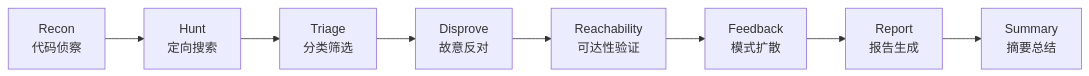
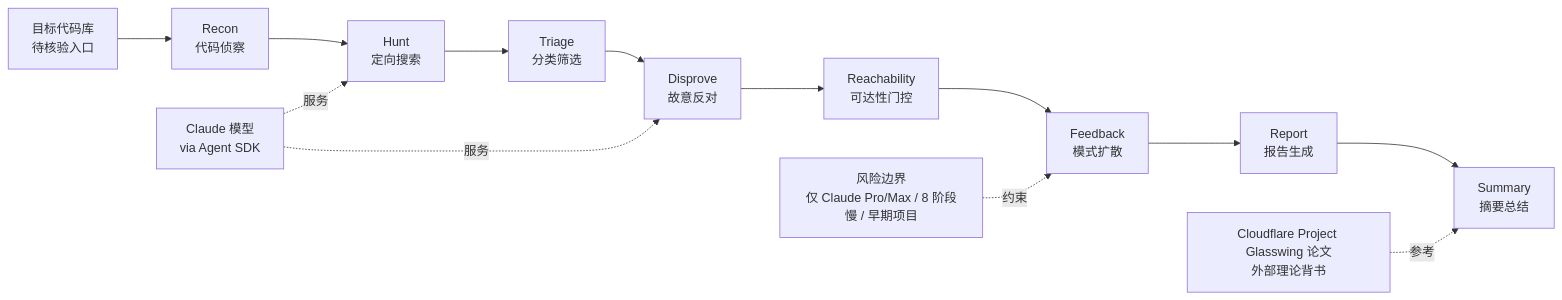
The diagram in projects/audit-evilsocket.md (aiutil/github-researcher), drawn with Mermaid before and after one commit. The commit also changed other lines of this file and 939 other files, not shown here.

Commit message:
feat: add architect briefs and Mermaid project maps

````diff
--- a/projects/audit-evilsocket.md
+++ b/projects/audit-evilsocket.md
@@ -61,10 +74,15 @@
 ```mermaid
 flowchart LR
-    A[Recon<br/>代码侦察] --> B[Hunt<br/>定向搜索]
-    B --> C[Triage<br/>分类筛选]
-    C --> D[Disprove<br/>故意反对]
-    D --> E[Reachability<br/>可达性验证]
-    E --> F[Feedback<br/>模式扩散]
-    F --> G[Report<br/>报告生成]
-    G --> H[Summary<br/>摘要总结]
+  codeRepo[目标代码库<br/>待核验入口] --> recon[Recon<br/>代码侦察]
+  recon --> hunt[Hunt<br/>定向搜索]
+  hunt --> triage[Triage<br/>分类筛选]
+  triage --> disprove[Disprove<br/>故意反对]
+  disprove --> reach[Reachability<br/>可达性门控]
+  reach --> feedback[Feedback<br/>模式扩散]
+  feedback --> report[Report<br/>报告生成]
+  report --> summary[Summary<br/>摘要总结]
+  claude[Claude 模型<br/>via Agent SDK] -. 服务 .-> hunt
+  claude -. 服务 .-> disprove
+  cloudflare[Cloudflare Project Glasswing 论文<br/>外部理论背书] -. 参考 .-> summary
+  risk[风险边界<br/>仅 Claude Pro/Max / 8 阶段慢 / 早期项目] -. 约束 .-> feedback
 ```
````
